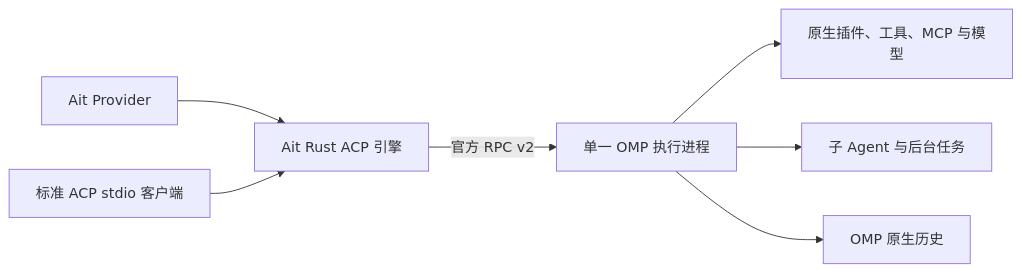
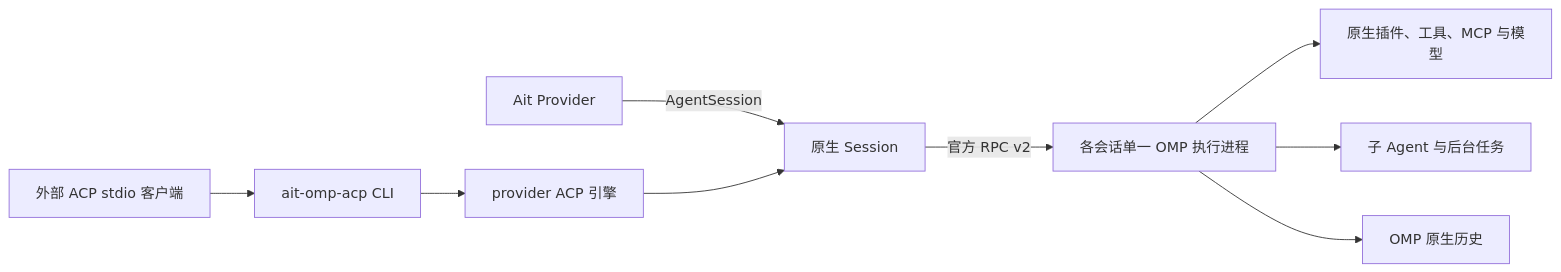
The diagram in docs/architecture/omp-acp-bridge.md (ait-app/ait), drawn with Mermaid before and after one commit. The commit also changed other lines of this file and 53 other files, not shown here.

Commit message:
refactor(omp): separate native sessions from standalone ACP

````diff
--- a/docs/architecture/omp-acp-bridge.md
+++ b/docs/architecture/omp-acp-bridge.md
@@ -7,9 +8,11 @@
 ```mermaid
 flowchart LR
-  A[Ait Provider] --> B[Ait Rust ACP 引擎]
-  C[标准 ACP stdio 客户端] --> B
-  B -->|官方 RPC v2| D[单一 OMP 执行进程]
+  A[Ait Provider] -->|AgentSession| S[原生 Session]
+  C[外部 ACP stdio 客户端] --> B[ait-omp-acp CLI]
+  B --> EACP[provider ACP 引擎]
+  EACP --> S
+  S -->|官方 RPC v2| D[各会话单一 OMP 执行进程]
   D --> E[原生插件、工具、MCP 与模型]
   D --> F[子 Agent 与后台任务]
   D --> G[OMP 原生历史]
 ```
````
